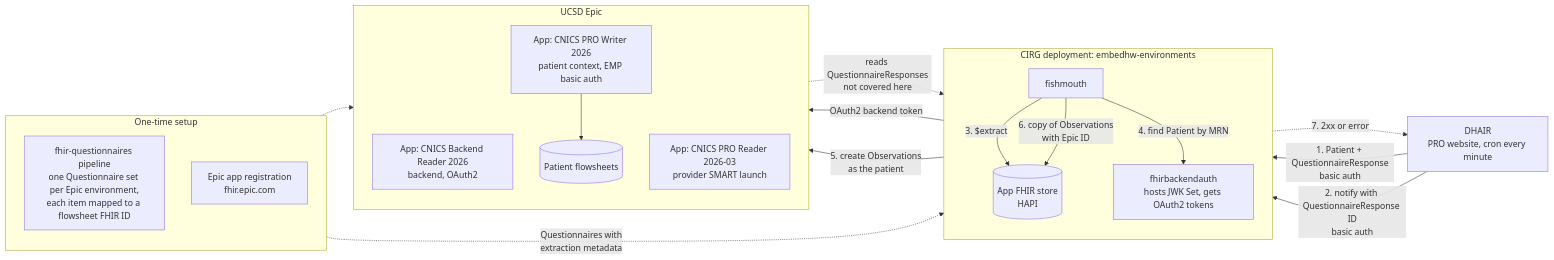
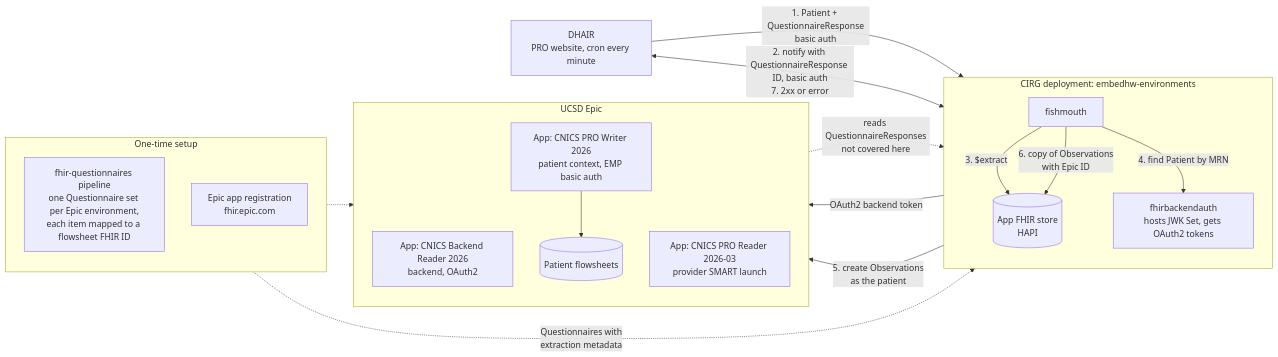
The first of 3 diagrams in docs/epic-write-flow.md (uwcirg/embedhw-environments), drawn with Mermaid before and after one commit.

Commit message:
Move DHAIR block.

````diff
--- a/docs/epic-write-flow.md
+++ b/docs/epic-write-flow.md
@@ -14,39 +14,40 @@
 ```mermaid
 flowchart LR
     subgraph PREP["One-time setup"]
         direction TB
         FQ["fhir-questionnaires pipeline<br/>one Questionnaire set per Epic environment,<br/>each item mapped to a flowsheet FHIR ID"]
         REG["Epic app registration<br/>fhir.epic.com"]
     end
 
     DHAIR["DHAIR<br/>PRO website, cron every minute"]
 
     subgraph CIRG["CIRG deployment: embedhw-environments"]
         direction TB
         HAPI[("App FHIR store<br/>HAPI")]
         FM["fishmouth"]
         FBA["fhirbackendauth<br/>hosts JWK Set, gets OAuth2 tokens"]
     end
 
     subgraph EPIC["UCSD Epic"]
         direction TB
         BAPP["App: CNICS Backend Reader 2026<br/>backend, OAuth2"]
         WAPP["App: CNICS PRO Writer 2026<br/>patient context, EMP basic auth"]
         RAPP["App: CNICS PRO Reader 2026-03<br/>provider SMART launch"]
         FS[("Patient flowsheets")]
     end
 
     DHAIR -->|"1. Patient + QuestionnaireResponse<br/>basic auth"| HAPI
-    DHAIR -->|"2. notify with QuestionnaireResponse ID<br/>basic auth"| FM
+    DHAIR <-->|"2. notify with QuestionnaireResponse ID, basic auth<br/>7. 2xx or error"| FM
     FM -->|"3. $extract"| HAPI
     FM -->|"4. find Patient by MRN"| FBA
     FBA -->|"OAuth2 backend token"| BAPP
     FM -->|"5. create Observations<br/>as the patient"| WAPP
     WAPP --> FS
     FM -->|"6. copy of Observations<br/>with Epic ID"| HAPI
-    FM -.->|"7. 2xx or error"| DHAIR
 
+    %% invisible link: keeps DHAIR just right of the setup block
+    FQ ~~~ DHAIR
     FQ -.->|"Questionnaires with<br/>extraction metadata"| HAPI
     REG -.-> EPIC
     RAPP -.->|"reads QuestionnaireResponses<br/>not covered here"| HAPI
 ```
````
